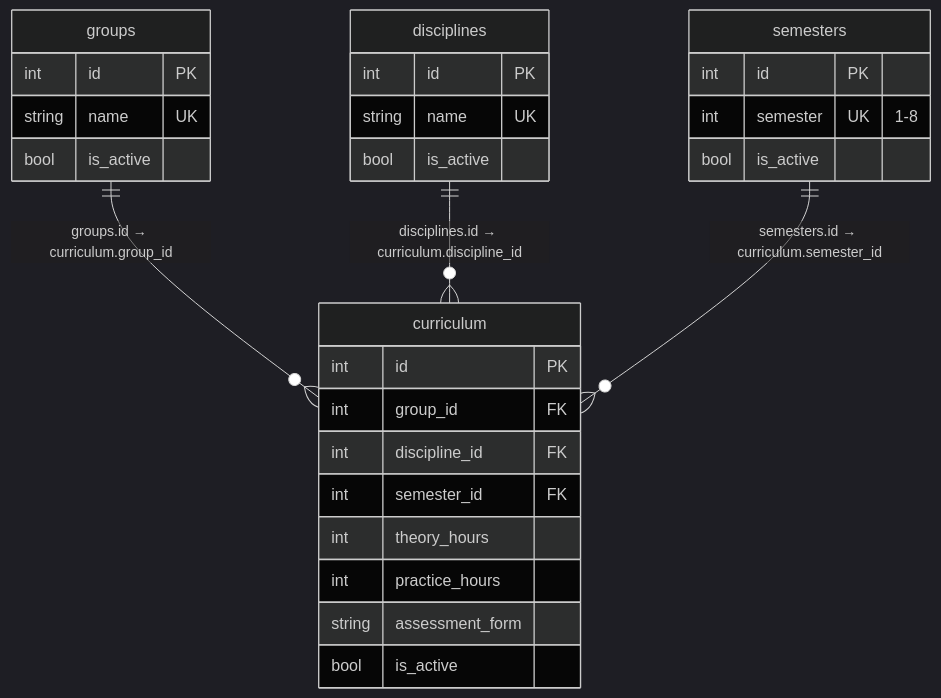
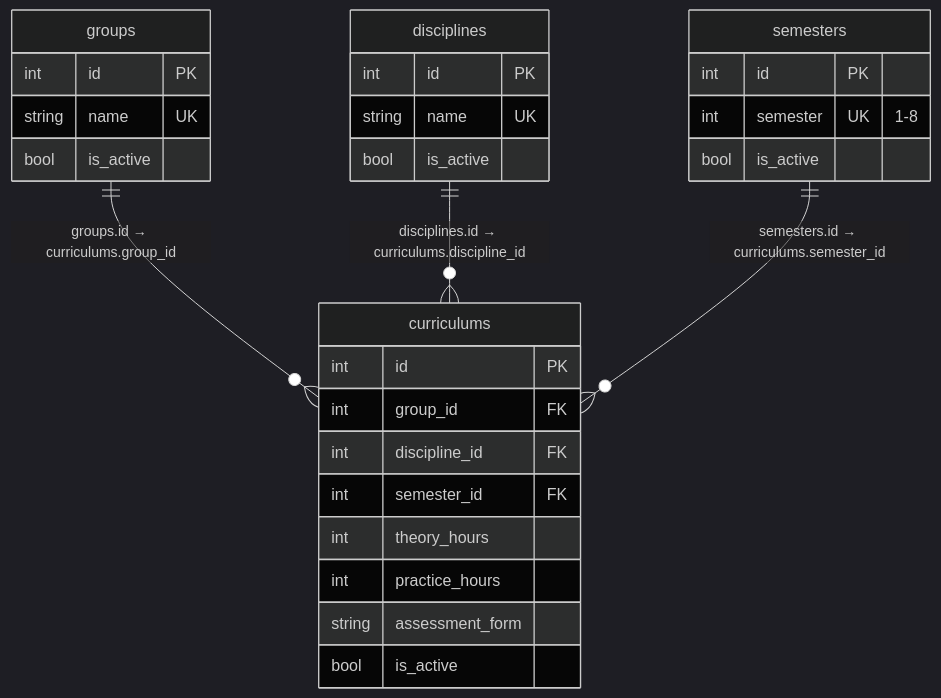
The diagram in S12/doc.md (YuriSilenok/KPK_UP2_24-1P11), drawn with Mermaid (dark theme) before and after one commit. The commit also changed other lines of this file, not shown here.

````diff
--- a/S12/doc.md
+++ b/S12/doc.md
@@ -10,32 +10,32 @@
 ```mermaid
 erDiagram
     groups {
         int id PK
         string name UK
         bool is_active
     }
     disciplines {
         int id PK
         string name UK
         bool is_active
     }
     semesters {
         int id PK
         int semester UK "1-8"
         bool is_active
     }
-    curriculum {
+    curriculums {
         int id PK
         int group_id FK
         int discipline_id FK
         int semester_id FK
         int theory_hours
         int practice_hours
         string assessment_form
         bool is_active
     }
 
-    groups ||--o{ curriculum : "groups.id → curriculum.group_id"
-    disciplines ||--o{ curriculum : "disciplines.id → curriculum.discipline_id"
-    semesters ||--o{ curriculum : "semesters.id → curriculum.semester_id"
+    groups ||--o{ curriculums : "groups.id → curriculums.group_id"
+    disciplines ||--o{ curriculums : "disciplines.id → curriculums.discipline_id"
+    semesters ||--o{ curriculums : "semesters.id → curriculums.semester_id"
 ```
````
